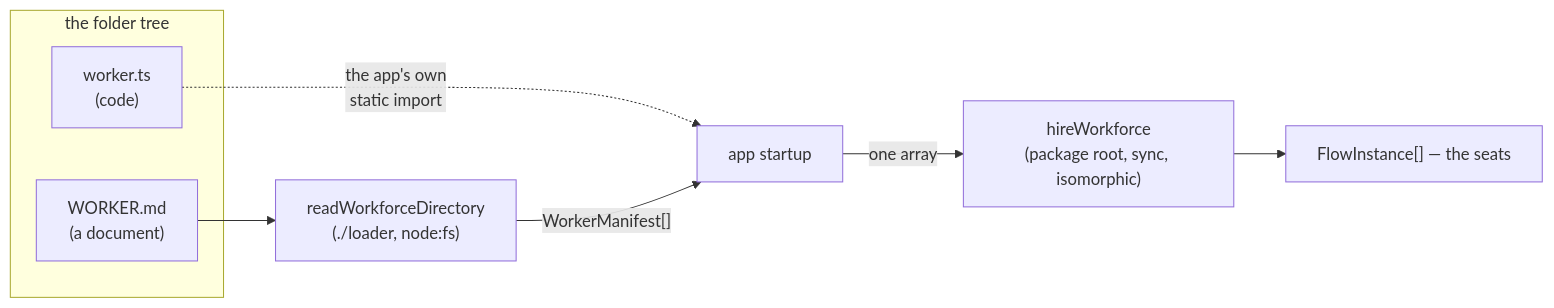
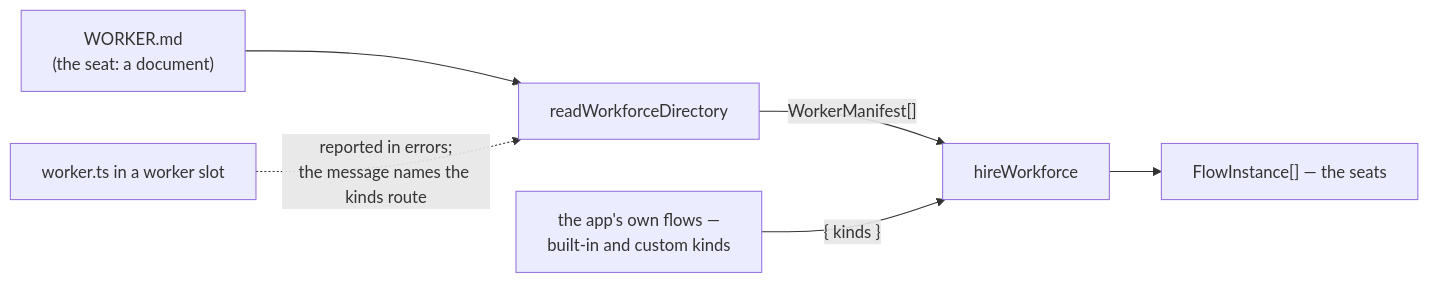
The diagram in spec/FIX-1342.md (fixpoint-labs/flow-state-dev), drawn with Mermaid before and after one commit. The commit also changed other lines of this file and 8 other files, not shown here.

First line of the commit message:
docs(spec): FIX-1342 — a custom worker is a kind, not a richer folder

````diff
--- a/spec/FIX-1342.md
+++ b/spec/FIX-1342.md
@@ -159,12 +207,8 @@
 ```mermaid
 flowchart LR
-  subgraph disk["the folder tree"]
-    MD["WORKER.md<br/>(a document)"]
-    TS["worker.ts<br/>(code)"]
-  end
-  MD --> L["readWorkforceDirectory<br/>(./loader, node:fs)"]
-  TS -.->|"the app's own<br/>static import"| APP["app startup"]
-  L -->|"WorkerManifest[]"| APP
-  APP -->|"one array"| H["hireWorkforce<br/>(package root, sync, isomorphic)"]
+  MD["WORKER.md<br/>(the seat: a document)"] --> L["readWorkforceDirectory"]
+  L -->|"WorkerManifest[]"| H["hireWorkforce"]
+  APP["the app's own flows —<br/>built-in and custom kinds"] -->|"{ kinds }"| H
   H --> S["FlowInstance[] — the seats"]
+  TS["worker.ts in a worker slot"] -.->|"reported in errors;<br/>the message names the kinds route"| L
 ```
````
